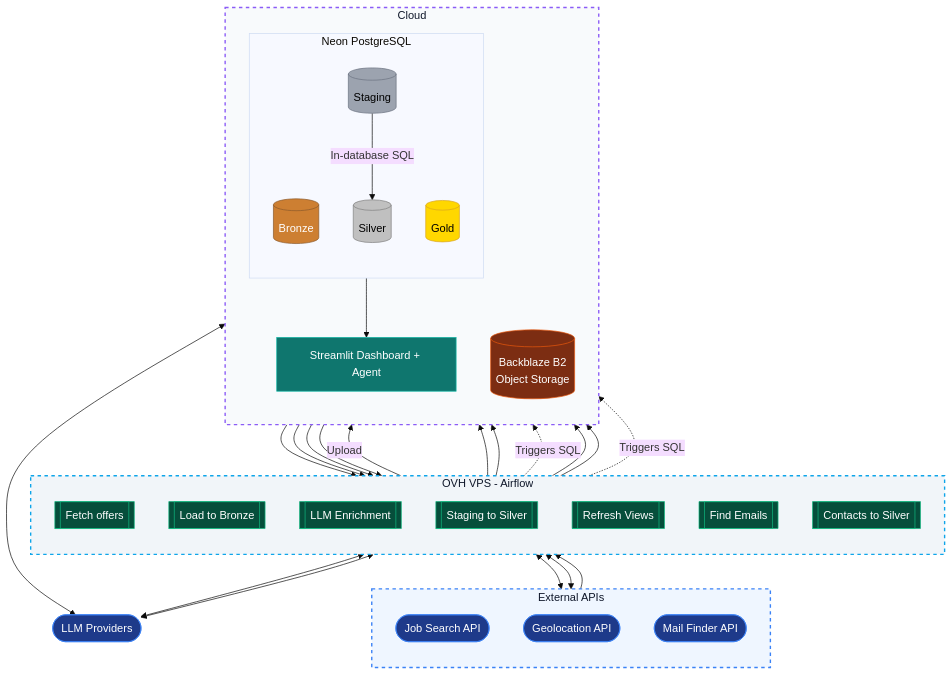
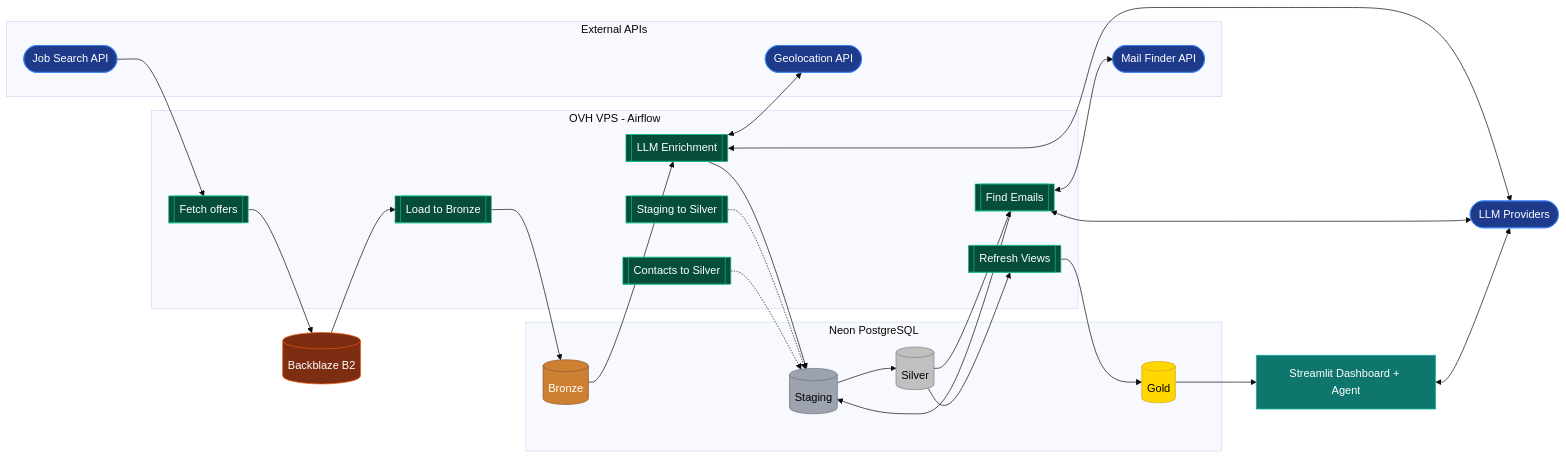
Before and after one commit to BigDataCorrompu/InternshipLatam: the diagram in docs/Pipeline.md, drawn with Mermaid (base theme). The commit also changed other lines of this file, not shown here.

Commit message:
documentation

````diff
--- a/docs/Pipeline.md
+++ b/docs/Pipeline.md
@@ -3,7 +1,6 @@
 ```mermaid
-graph TB
+graph LR
     subgraph APIs [External APIs]
-        direction TB
         ExtAPI([Job Search API])
         GeoAPI([Geolocation API])
         MailFinderAPI([Mail Finder API])
@@ -12,7 +9,6 @@
     LLM([LLM Providers])
 
     subgraph VPS [OVH VPS - Airflow]
-        direction TB
         Fetch[[Fetch offers]]
         LoadBronze[[Load to Bronze]]
         Enrich[[LLM Enrichment]]
@@ -22,67 +18,52 @@
         ToContacts[[Contacts to Silver]]
     end
 
-    subgraph Cloud [Cloud]
-        direction TB
-        B2[(Backblaze B2<br/>Object Storage)]
+    B2[(Backblaze B2)]
 
-        subgraph DB [Neon PostgreSQL]
-            direction TB
-            Bronze[(Bronze)]
-            Staging[(Staging)]
-            Silver[(Silver)]
-            Gold[(Gold)]
-        end
-
-        Dashboard[Streamlit Dashboard + Agent]
+    subgraph DB [Neon PostgreSQL]
+        Bronze[(Bronze)]
+        Staging[(Staging)]
+        Silver[(Silver)]
+        Gold[(Gold)]
     end
 
+    Dashboard[Streamlit Dashboard + Agent]
+
     ExtAPI --> Fetch
-    Fetch -->|Upload| B2
+    Fetch --> B2
     B2 --> LoadBronze
     LoadBronze --> Bronze
-
     Bronze --> Enrich
     Enrich <--> LLM
     Enrich <--> GeoAPI
     Enrich --> Staging
-
-    ToSilver -.->|Triggers SQL| Staging
-    Staging -->|In-database SQL| Silver
-
+    ToSilver -.-> Staging
+    Staging --> Silver
     Silver --> Views
     Views --> Gold
-
     Silver --> Mails
     Mails <--> LLM
     Mails <--> MailFinderAPI
     Mails --> Staging
-    ToContacts -.->|Triggers SQL| Staging
-
+    ToContacts -.-> Staging
     Gold --> Dashboard
     Dashboard <--> LLM
 
-    classDef external fill:#1e3a8a,stroke:#3b82f6,color:#fff;
-    classDef airflow_task fill:#064e3b,stroke:#10b981,color:#fff;
-    classDef cloud_app fill:#0f766e,stroke:#14b8a6,color:#fff;
-    classDef api_env fill:#eff6ff,stroke:#3b82f6,stroke-width:2px,stroke-dasharray: 5 5,color:#0f172a;
-    classDef vps_env fill:#f1f5f9,stroke:#0ea5e9,stroke-width:2px,stroke-dasharray: 5 5,color:#0f172a;
-    classDef cloud_env fill:#f8fafc,stroke:#8b5cf6,stroke-width:2px,stroke-dasharray: 5 5,color:#0f172a;
-    classDef bucket fill:#7c2d12,stroke:#ea580c,color:#fff;
-    classDef bronze fill:#cd7f32,stroke:#8b5a2b,color:#fff;
-    classDef staging fill:#9ca3af,stroke:#6b7280,color:#000;
-    classDef silver fill:#c0c0c0,stroke:#808080,color:#000;
-    classDef gold fill:#ffd700,stroke:#daa520,color:#000;
+    classDef external fill:#1e3a8a,stroke:#3b82f6,color:#fff
+    classDef airflow_task fill:#064e3b,stroke:#10b981,color:#fff
+    classDef cloud_app fill:#0f766e,stroke:#14b8a6,color:#fff
+    classDef bucket fill:#7c2d12,stroke:#ea580c,color:#fff
+    classDef bronze fill:#cd7f32,stroke:#8b5a2b,color:#fff
+    classDef staging fill:#9ca3af,stroke:#6b7280,color:#000
+    classDef silver fill:#c0c0c0,stroke:#808080,color:#000
+    classDef gold fill:#ffd700,stroke:#daa520,color:#000
 
-    class ExtAPI,LLM,GeoAPI,MailFinderAPI external;
-    class Fetch,LoadBronze,Enrich,ToSilver,Views,Mails,ToContacts airflow_task;
-    class Dashboard cloud_app;
-    class APIs api_env;
-    class VPS vps_env;
-    class Cloud cloud_env;
-    class B2 bucket;
-    class Bronze bronze;
-    class Staging staging;
-    class Silver silver;
-    class Gold gold;
+    class ExtAPI,LLM,GeoAPI,MailFinderAPI external
+    class Fetch,LoadBronze,Enrich,ToSilver,Views,Mails,ToContacts airflow_task
+    class Dashboard cloud_app
+    class B2 bucket
+    class Bronze bronze
+    class Staging staging
+    class Silver silver
+    class Gold gold
 ```
````
